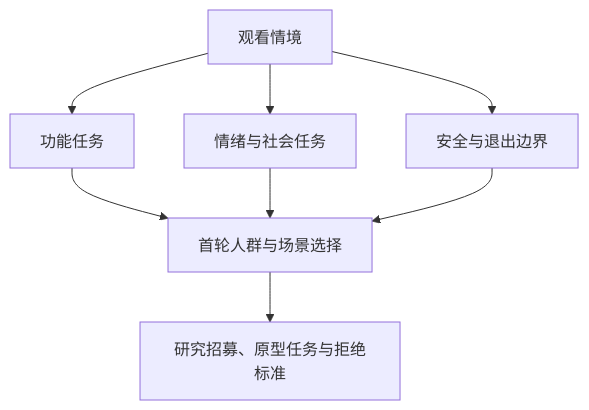
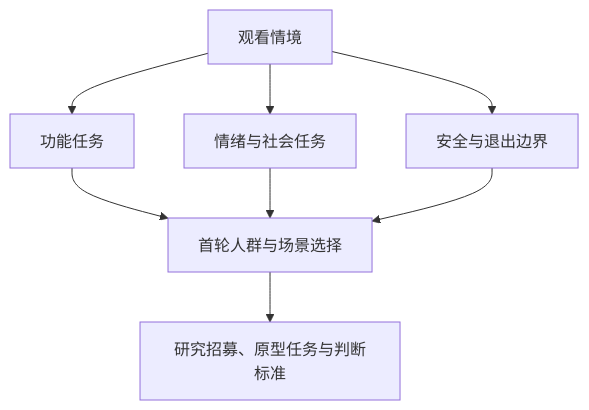
The diagram in docs/球球全套资料/2.用户与价值定义/07-核心用户分层与使用情境.md (weiz98417-crypto/qiuqiu), drawn with Mermaid before and after one commit. The commit also changed other lines of this file and 11 other files, not shown here.

````diff
--- a/docs/球球全套资料/2.用户与价值定义/07-核心用户分层与使用情境.md
+++ b/docs/球球全套资料/2.用户与价值定义/07-核心用户分层与使用情境.md
@@ -9,10 +7,10 @@
 ```mermaid
 flowchart TD
     A[观看情境] --> B[功能任务]
     A --> C[情绪与社会任务]
     A --> D[安全与退出边界]
     B --> E[首轮人群与场景选择]
     C --> E
     D --> E
-    E --> F[研究招募、原型任务与拒绝标准]
+    E --> F[研究招募、原型任务与判断标准]
 ```
````
